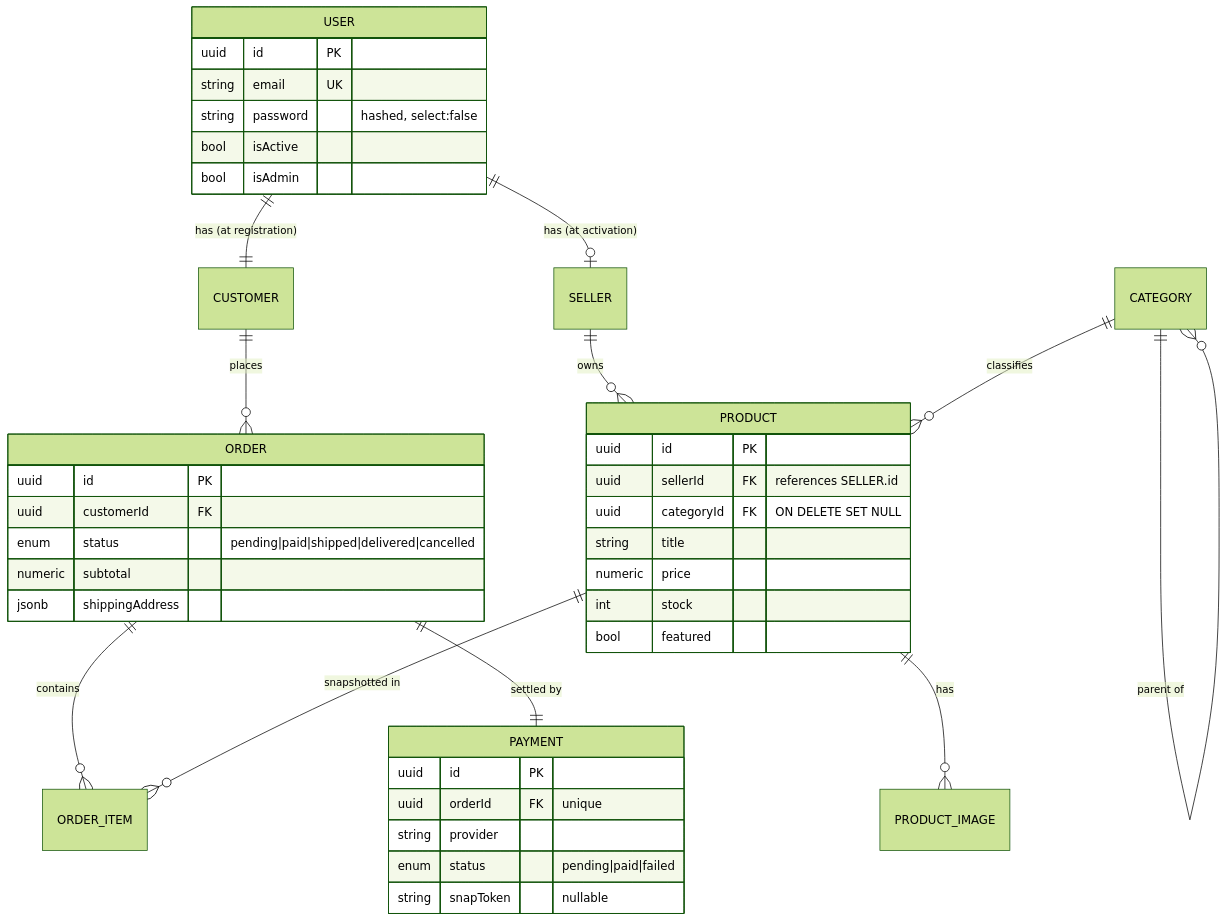
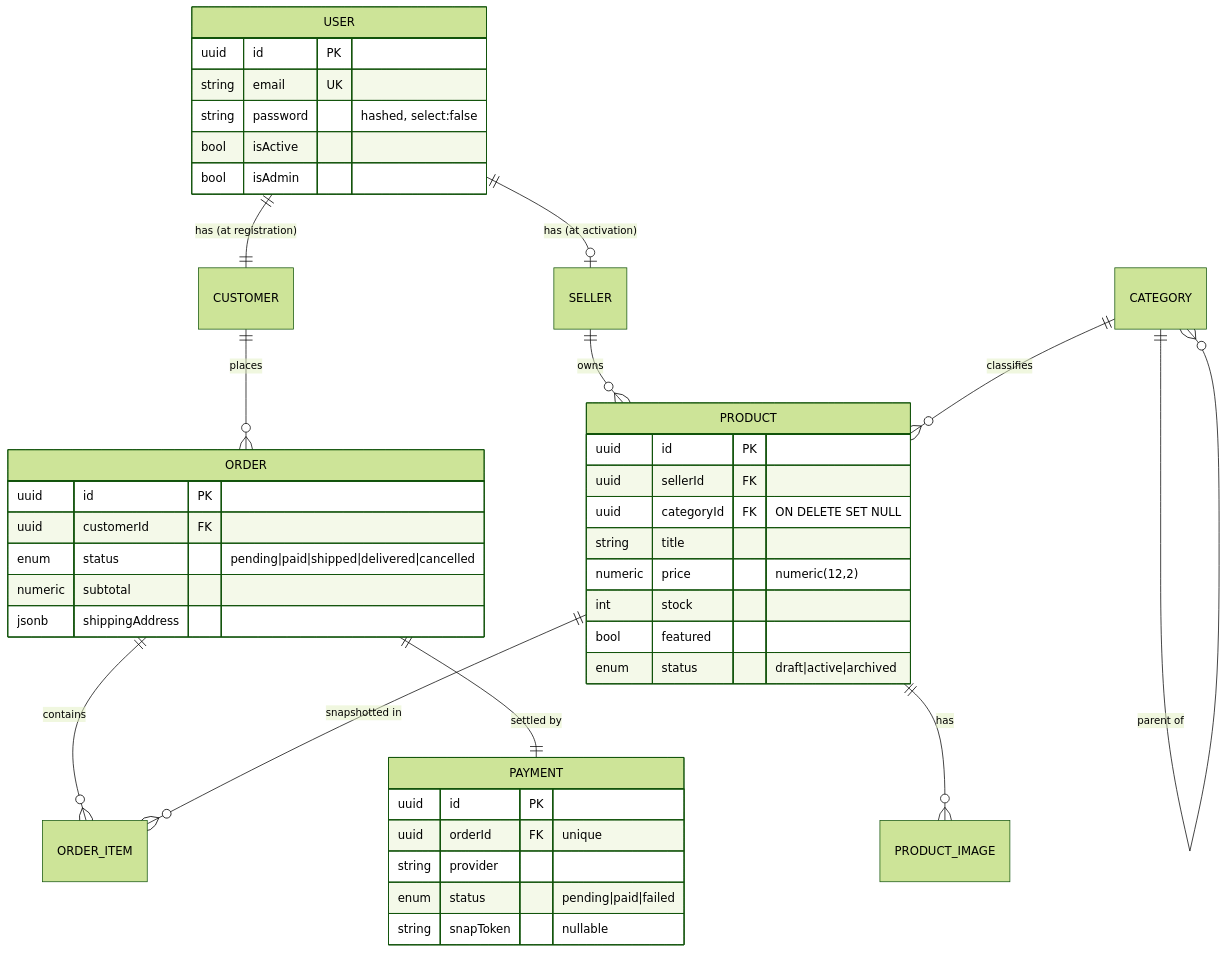
One commit to rezaif79-ri/nest-js-101 changed the diagram in README.md. Above: the diagram before and after it, drawn with Mermaid (forest theme). The commit also changed other lines of this file, not shown here.

````diff
--- a/README.md
+++ b/README.md
@@ -43,44 +213,45 @@
 ```mermaid
 erDiagram
     USER     ||--|| CUSTOMER      : "has (at registration)"
     USER     ||--o| SELLER        : "has (at activation)"
     SELLER   ||--o{ PRODUCT       : "owns"
     CATEGORY ||--o{ PRODUCT       : "classifies"
     CATEGORY ||--o{ CATEGORY      : "parent of"
     PRODUCT  ||--o{ PRODUCT_IMAGE : "has"
     CUSTOMER ||--o{ ORDER         : "places"
     ORDER    ||--o{ ORDER_ITEM    : "contains"
     ORDER    ||--|| PAYMENT       : "settled by"
     PRODUCT  ||--o{ ORDER_ITEM    : "snapshotted in"
 
     USER {
         uuid id PK
         string email UK
         string password "hashed, select:false"
         bool isActive
         bool isAdmin
     }
     PRODUCT {
         uuid id PK
-        uuid sellerId FK "references SELLER.id"
+        uuid sellerId FK
         uuid categoryId FK "ON DELETE SET NULL"
         string title
-        numeric price
+        numeric price "numeric(12,2)"
         int stock
         bool featured
+        enum status "draft|active|archived"
     }
     ORDER {
         uuid id PK
         uuid customerId FK
         enum status "pending|paid|shipped|delivered|cancelled"
         numeric subtotal
         jsonb shippingAddress
     }
     PAYMENT {
         uuid id PK
         uuid orderId FK "unique"
         string provider
         enum status "pending|paid|failed"
         string snapToken "nullable"
     }
 ```
````
